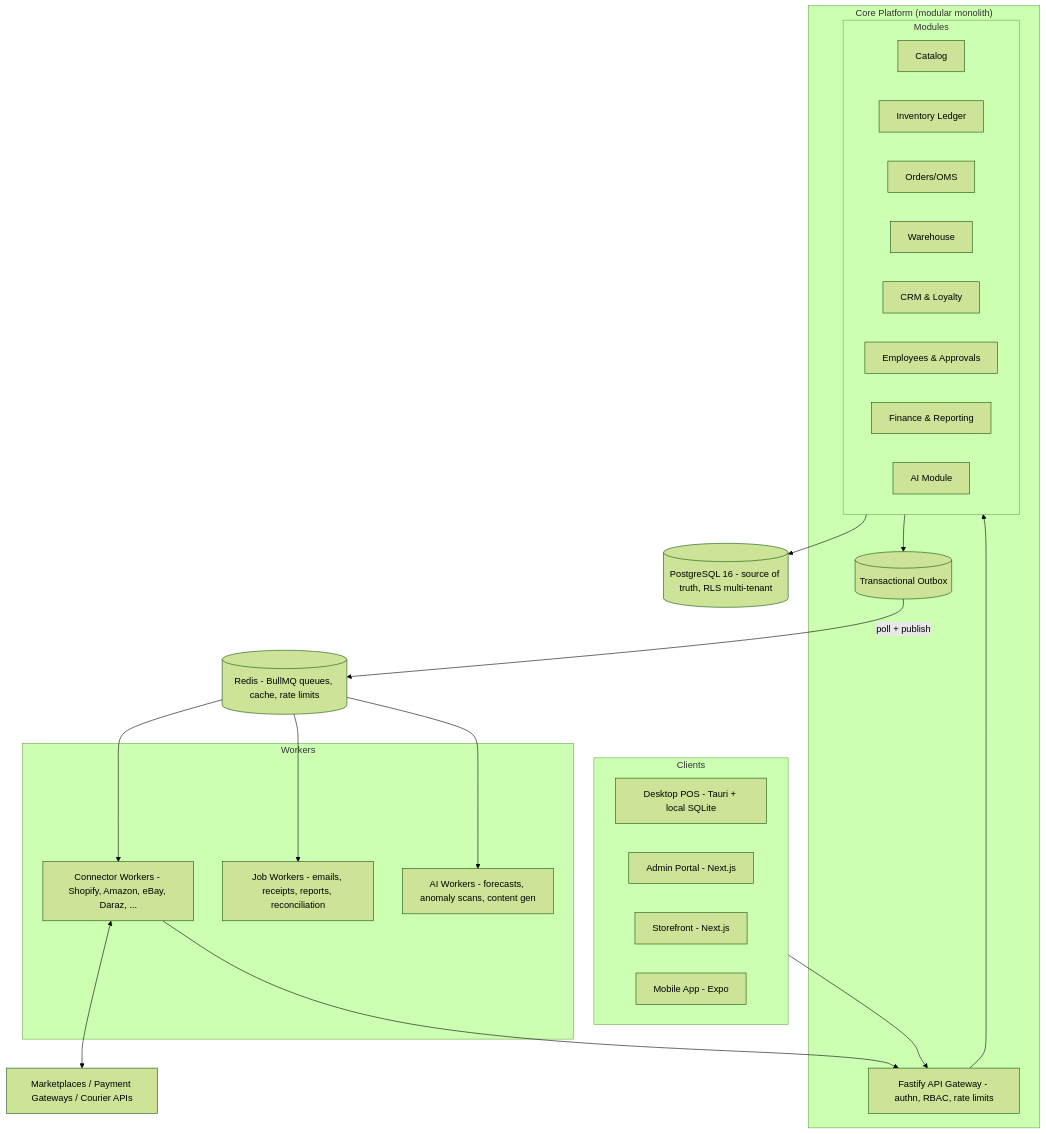
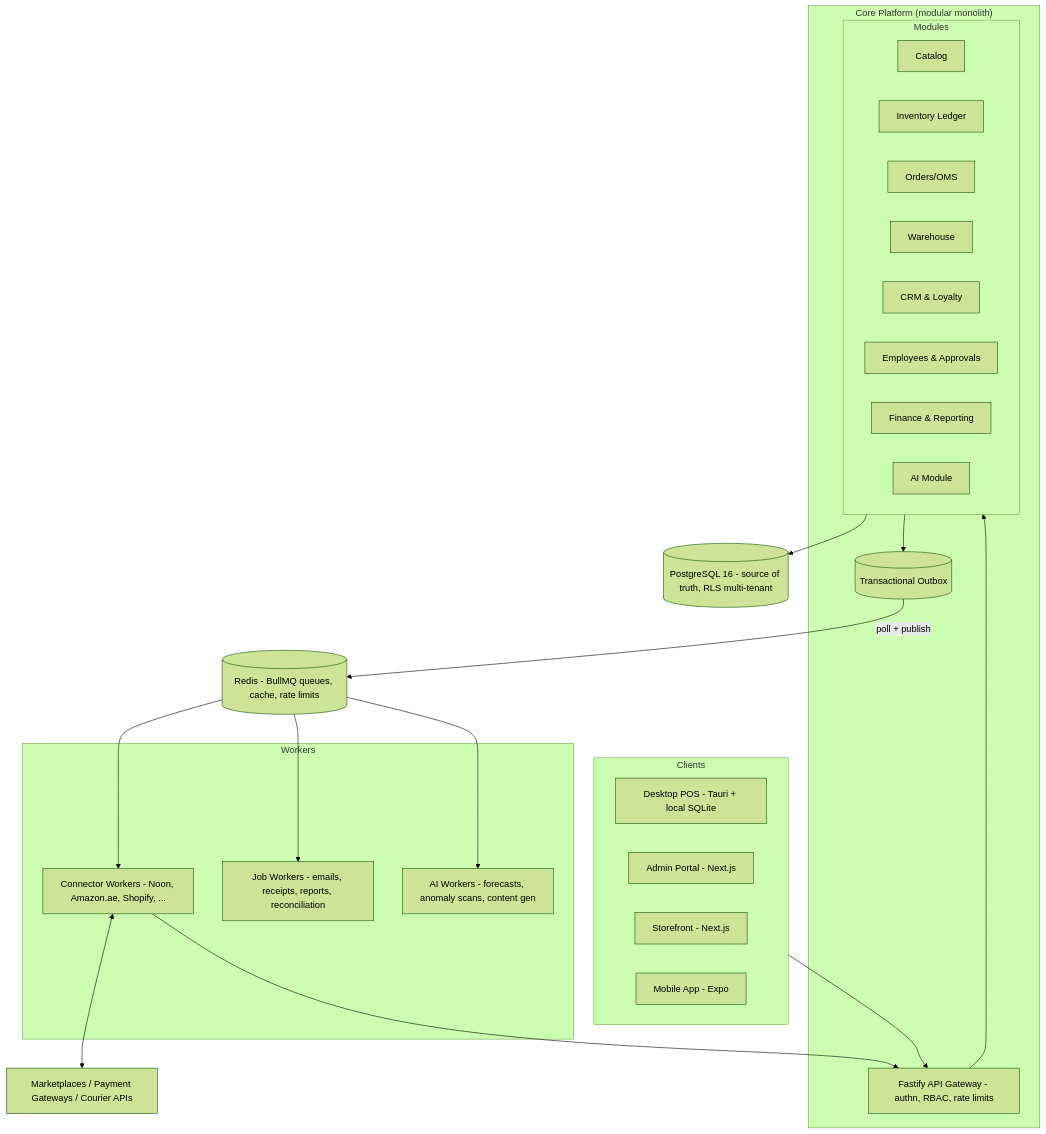
One commit to jmmohiuddin/Omnichannel-Retail-ERP-platform changed the diagram in docs/02-architecture.md. Above: the diagram before and after it, drawn with Mermaid (forest theme). The commit also changed 34 other files, not shown here.

````diff
--- a/docs/02-architecture.md
+++ b/docs/02-architecture.md
@@ -10,44 +10,44 @@
 ```mermaid
 flowchart TB
     subgraph Clients
         POS[Desktop POS - Tauri + local SQLite]
         ADMIN[Admin Portal - Next.js]
         STORE[Storefront - Next.js]
         MOB[Mobile App - Expo]
     end
 
     subgraph Core["Core Platform (modular monolith)"]
         API[Fastify API Gateway - authn, RBAC, rate limits]
         subgraph Modules
             CAT[Catalog]
             INV[Inventory Ledger]
             ORD[Orders/OMS]
             WMS[Warehouse]
             CRM[CRM & Loyalty]
             EMP[Employees & Approvals]
             FIN[Finance & Reporting]
             AIM[AI Module]
         end
         OBX[(Transactional Outbox)]
     end
 
     PG[(PostgreSQL 16 - source of truth, RLS multi-tenant)]
     RD[(Redis - BullMQ queues, cache, rate limits)]
 
     subgraph Workers
-        SYNC[Connector Workers - Shopify, Amazon, eBay, Daraz, ...]
+        SYNC[Connector Workers - Noon, Amazon.ae, Shopify, ...]
         JOBS[Job Workers - emails, receipts, reports, reconciliation]
         AIW[AI Workers - forecasts, anomaly scans, content gen]
     end
 
     EXT[Marketplaces / Payment Gateways / Courier APIs]
 
     Clients --> API
     API --> Modules
     Modules --> PG
     Modules --> OBX
     OBX -->|poll + publish| RD
     RD --> SYNC & JOBS & AIW
     SYNC <--> EXT
     SYNC --> API
 ```
````
